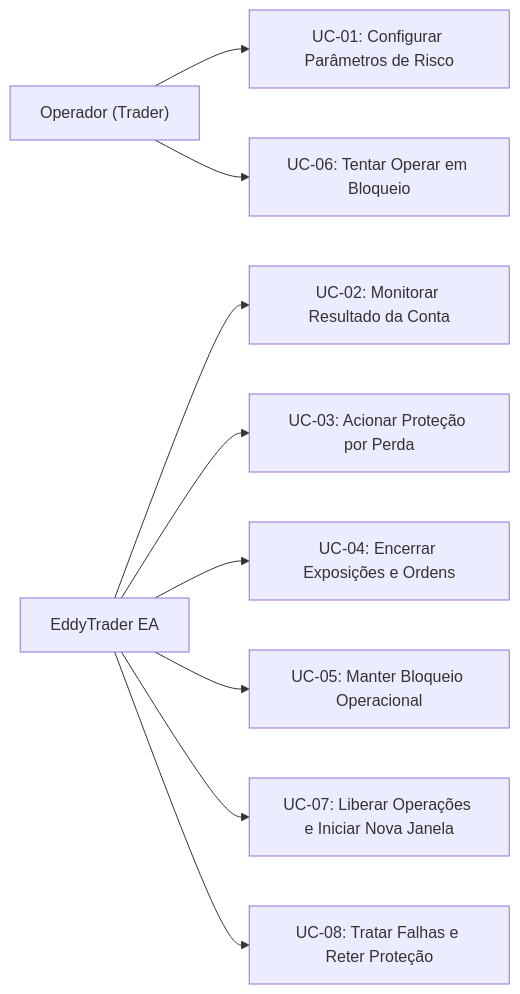
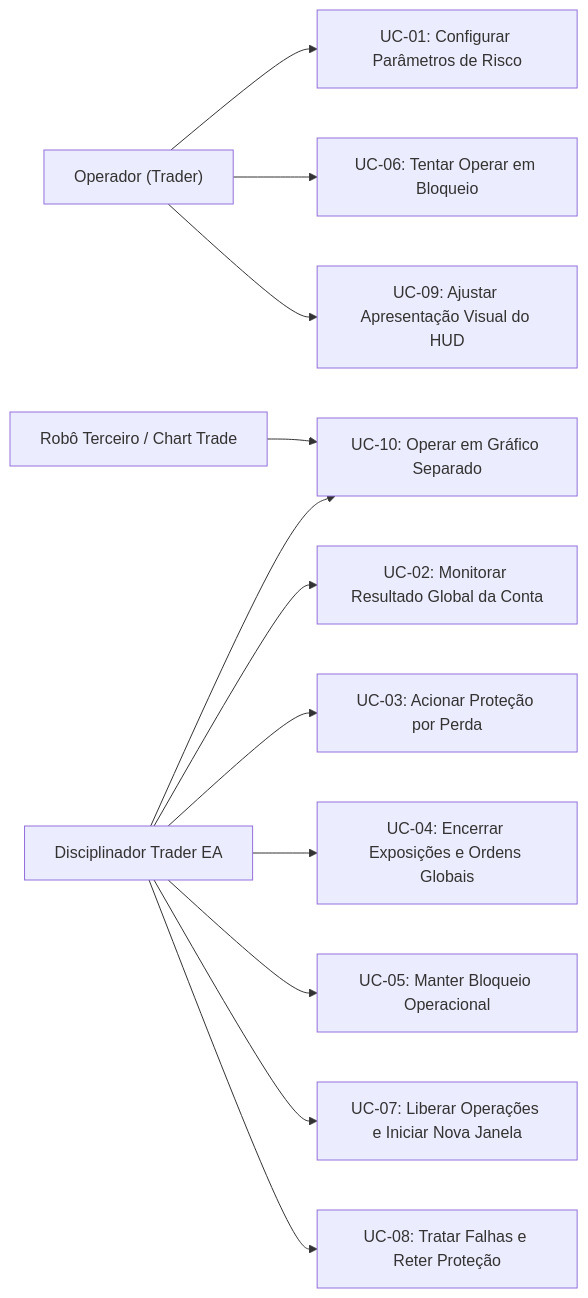
One commit to hallanbrito/eddytrader changed the diagram in docs/04-CASOS-DE-USO.md. Above: the diagram before and after it, drawn with Mermaid. The commit also changed other lines of this file and 18 other files, not shown here.

Commit message:
feat: establish Disciplinador Trader account-global foundation and adaptive hud

````diff
--- a/docs/04-CASOS-DE-USO.md
+++ b/docs/04-CASOS-DE-USO.md
@@ -17,12 +18,16 @@
 ```mermaid
 flowchart LR
     Op["Operador (Trader)"] --> UC01["UC-01: Configurar Parâmetros de Risco"]
     Op --> UC06["UC-06: Tentar Operar em Bloqueio"]
+    Op --> UC09["UC-09: Ajustar Apresentação Visual do HUD"]
     
-    Sys["EddyTrader EA"] --> UC02["UC-02: Monitorar Resultado da Conta"]
+    ExtEA["Robô Terceiro / Chart Trade"] --> UC10["UC-10: Operar em Gráfico Separado"]
+    
+    Sys["Disciplinador Trader EA"] --> UC02["UC-02: Monitorar Resultado Global da Conta"]
     Sys --> UC03["UC-03: Acionar Proteção por Perda"]
-    Sys --> UC04["UC-04: Encerrar Exposições e Ordens"]
+    Sys --> UC04["UC-04: Encerrar Exposições e Ordens Globais"]
     Sys --> UC05["UC-05: Manter Bloqueio Operacional"]
     Sys --> UC07["UC-07: Liberar Operações e Iniciar Nova Janela"]
     Sys --> UC08["UC-08: Tratar Falhas e Reter Proteção"]
+    Sys --> UC10
 ```
````
